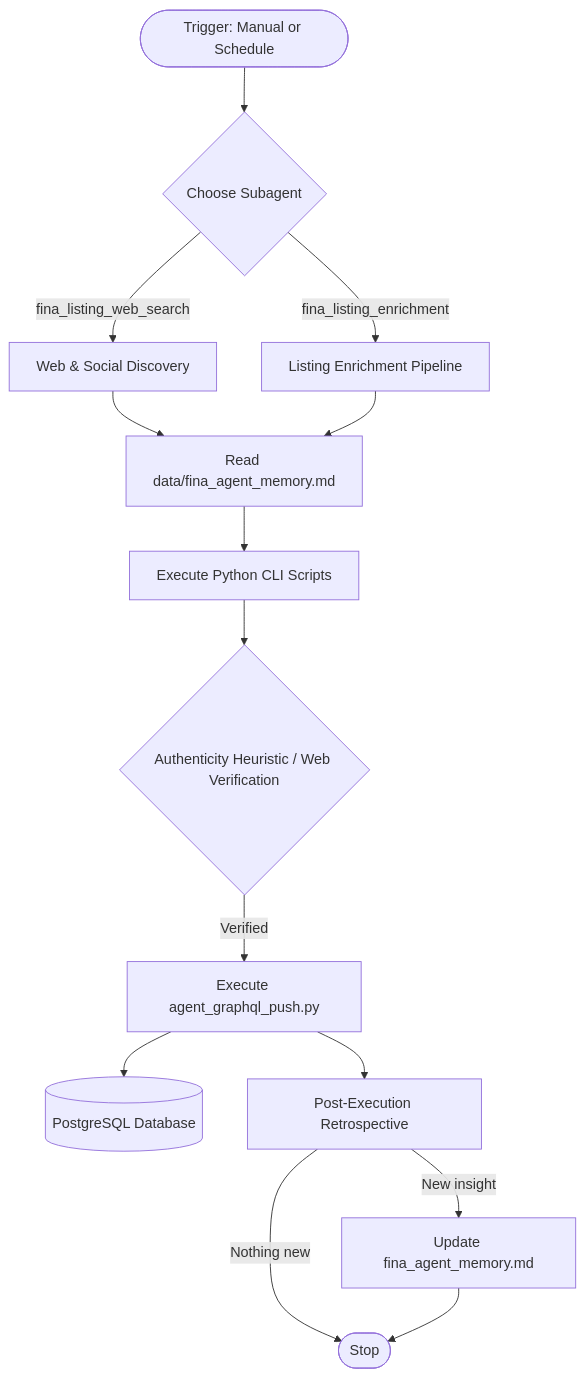
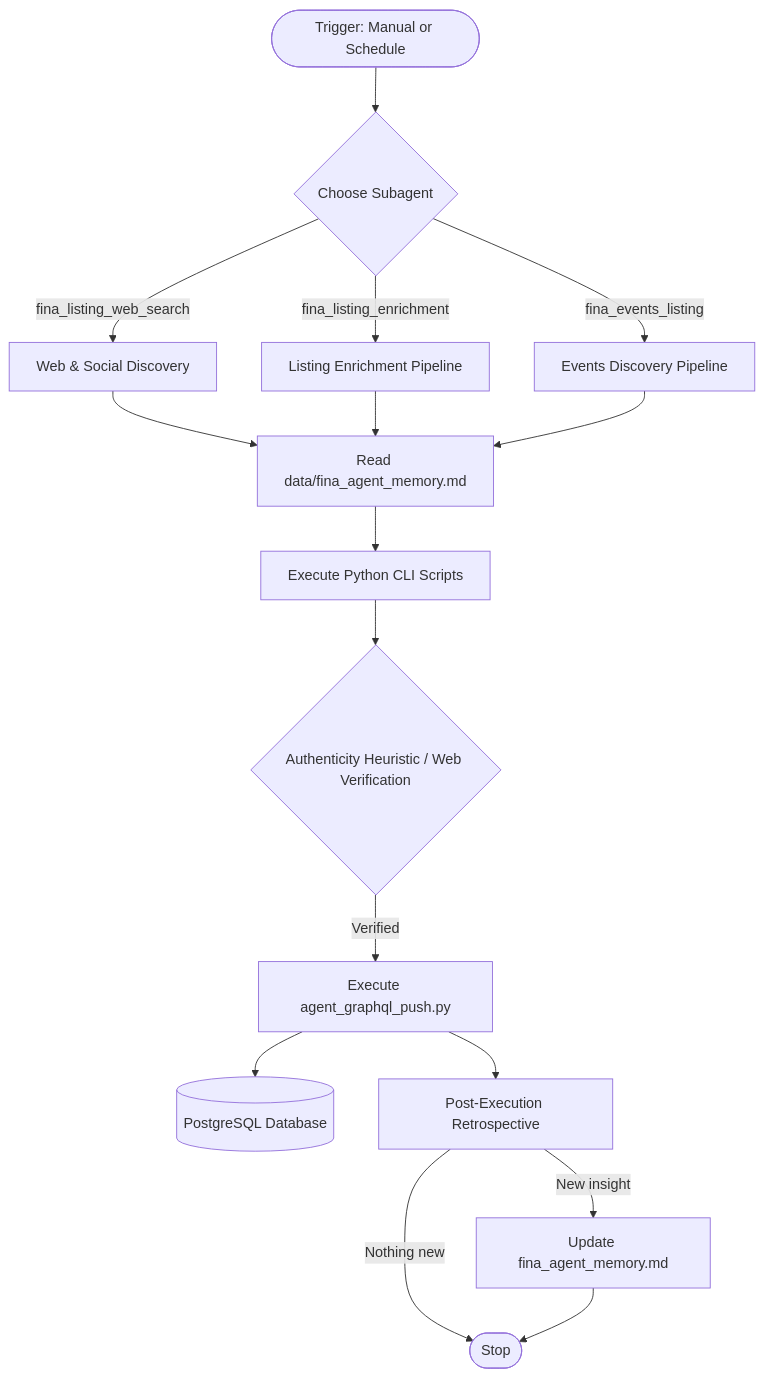
One commit to deriveraryan/fina-agent changed the diagram in AGENTS.md. Above: the diagram before and after it, drawn with Mermaid. The commit also changed other lines of this file and 9 other files, not shown here.

First line of the commit message:
feat(agents): release fina_events_listing as 3rd production agent

````diff
--- a/AGENTS.md
+++ b/AGENTS.md
@@ -11,17 +11,18 @@
 ```mermaid
 flowchart TD
     Start(["Trigger: Manual or Schedule"]) --> AgentSelect{"Choose Subagent"}
     
     AgentSelect -->|fina_listing_web_search| WebFlow["Web & Social Discovery"]
     AgentSelect -->|fina_listing_enrichment| EnrichFlow["Listing Enrichment Pipeline"]
+    AgentSelect -->|fina_events_listing| EventsFlow["Events Discovery Pipeline"]
 
-    WebFlow & EnrichFlow --> ReadMemory["Read data/fina_agent_memory.md"]
+    WebFlow & EnrichFlow & EventsFlow --> ReadMemory["Read data/fina_agent_memory.md"]
     ReadMemory --> PythonCLI["Execute Python CLI Scripts"]
     PythonCLI --> Verification{"Authenticity Heuristic / Web Verification"}
     Verification -->|Verified| GQLPush["Execute agent_graphql_push.py"]
     GQLPush --> PostgreSQL[(PostgreSQL Database)]
     GQLPush --> Retro["Post-Execution Retrospective"]
     Retro -->|New insight| UpdateMemory["Update fina_agent_memory.md"]
     Retro -->|Nothing new| Stop(["Stop"])
     UpdateMemory --> Stop
 ```
````
